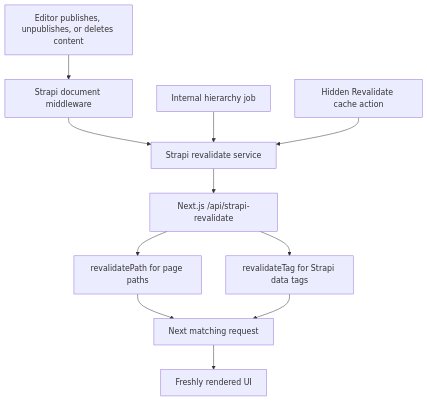
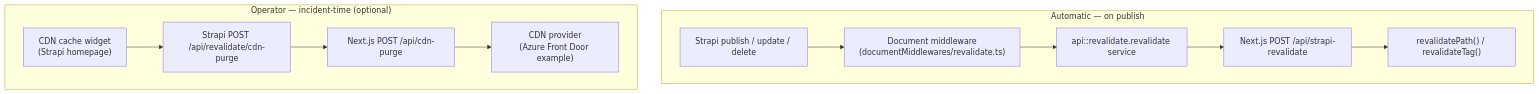
One commit to notum-cz/strapi-next-monorepo-starter changed the diagram in apps/docs/docs/reference/cache-revalidation.md. Above: the diagram before and after it, drawn with Mermaid. The commit also changed other lines of this file, not shown here.

Commit message:
docs: expand cache revalidation reference with diagram, callouts, and details

````diff
--- a/apps/docs/docs/reference/cache-revalidation.md
+++ b/apps/docs/docs/reference/cache-revalidation.md
@@ -26,23 +23,19 @@
 ```mermaid
 flowchart TD
-  editor["Editor publishes, unpublishes, or deletes content"]
-  middleware["Strapi document middleware"]
-  service["Strapi revalidate service"]
-  uiEndpoint["Next.js /api/strapi-revalidate"]
-  pathCache["revalidatePath for page paths"]
-  tagCache["revalidateTag for Strapi data tags"]
-  nextRequest["Next matching request"]
-  freshPage["Freshly rendered UI"]
+  subgraph automatic["Automatic — on publish"]
+    change["Strapi publish / update / delete"]
+    mw["Document middleware<br/>(documentMiddlewares/revalidate.ts)"]
+    svc["api::revalidate.revalidate service"]
+    uiRevalidate["Next.js POST /api/strapi-revalidate"]
+    nextCache["revalidatePath() / revalidateTag()"]
+    change --> mw --> svc --> uiRevalidate --> nextCache
+  end
 
-  internalJob["Internal hierarchy job"]
-  adminButton["Hidden Revalidate cache action"]
-
-  editor --> middleware --> service --> uiEndpoint
-  internalJob --> service
-  adminButton --> service
-  uiEndpoint --> pathCache
-  uiEndpoint --> tagCache
-  pathCache --> nextRequest
-  tagCache --> nextRequest
-  nextRequest --> freshPage
+  subgraph manual["Operator — incident-time (optional)"]
+    widget["CDN cache widget<br/>(Strapi homepage)"]
+    strapiPurge["Strapi POST /api/revalidate/cdn-purge"]
+    uiPurge["Next.js POST /api/cdn-purge"]
+    provider["CDN provider<br/>(Azure Front Door example)"]
+    widget --> strapiPurge --> uiPurge --> provider
+  end
 ```
````
